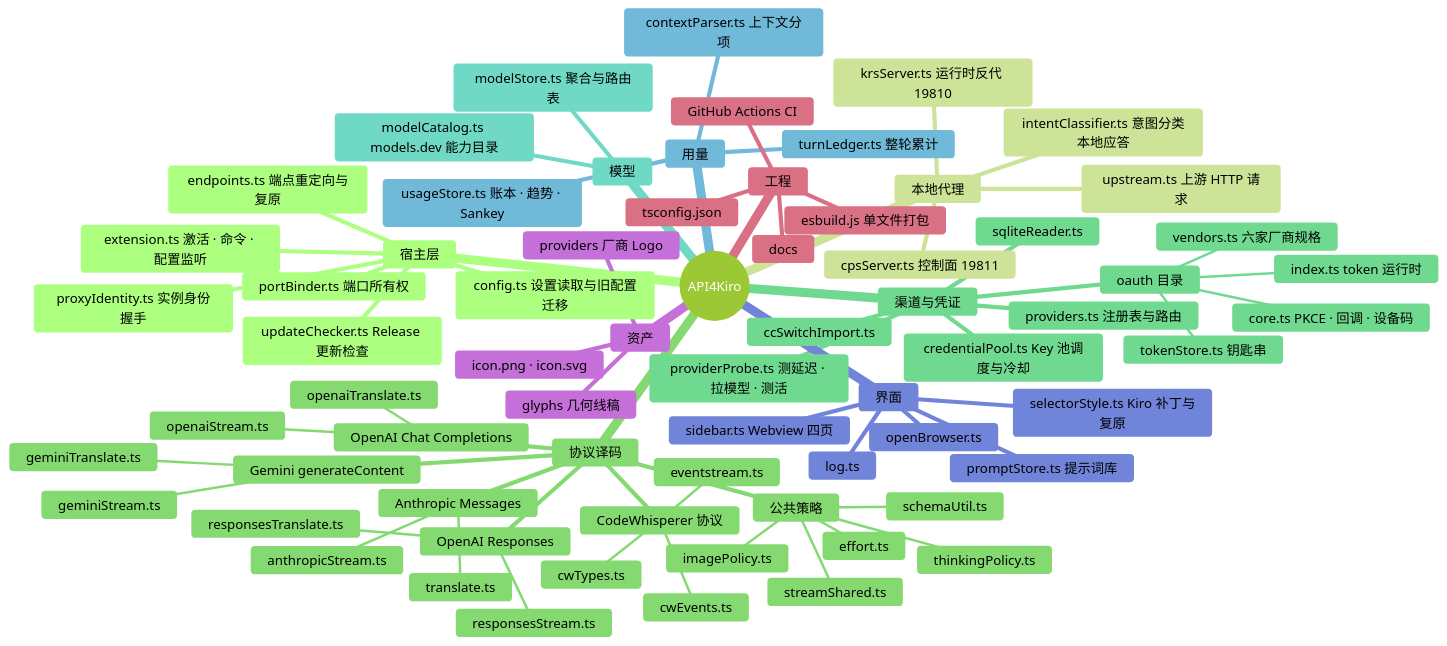
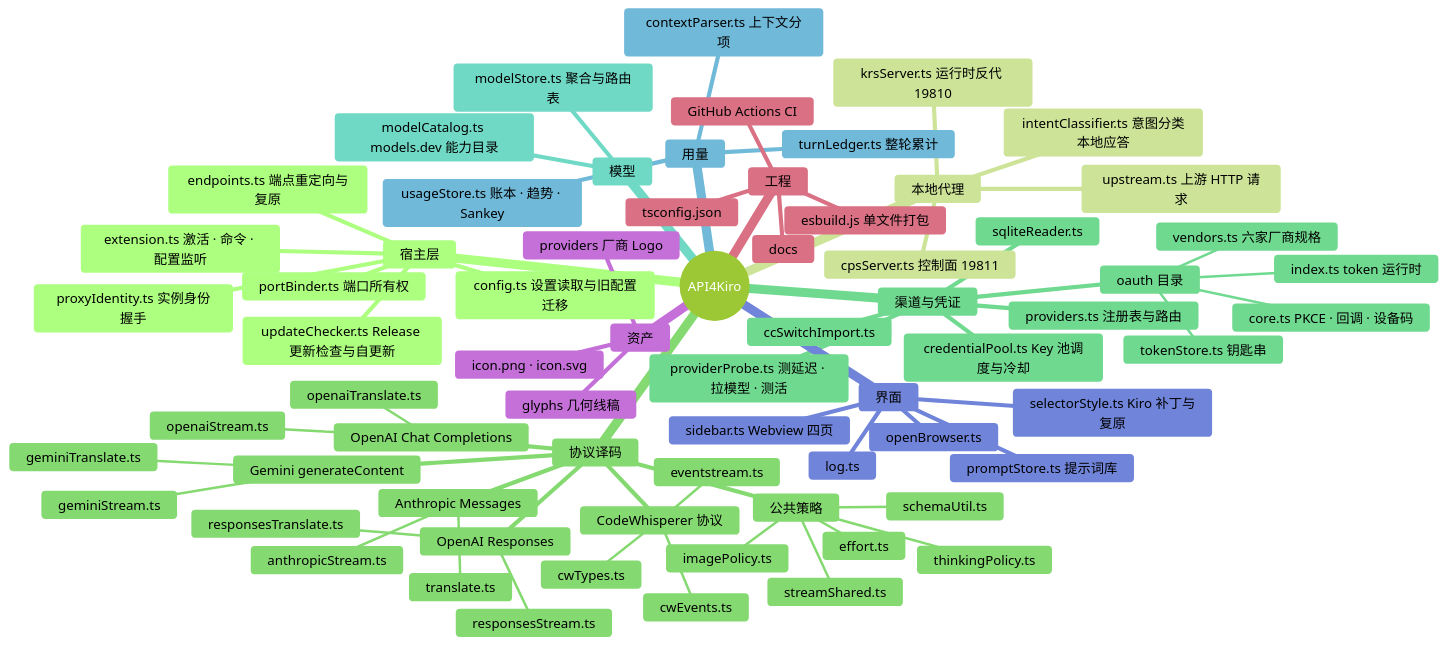
One commit to yourhoneypomelo-cell/API4Kiro changed the diagram in README.md. Above: the diagram before and after it, drawn with Mermaid (forest theme). The commit also changed other lines of this file and 41 other files, not shown here.

````diff
--- a/README.md
+++ b/README.md
@@ -174,72 +184,72 @@
 ```mermaid
 mindmap
   root((API4Kiro))
     宿主层
       extension.ts 激活 · 命令 · 配置监听
       endpoints.ts 端点重定向与复原
       portBinder.ts 端口所有权
       proxyIdentity.ts 实例身份握手
-      updateChecker.ts Release 更新检查
+      updateChecker.ts Release 更新检查与自更新
       config.ts 设置读取与旧配置迁移
     本地代理
       krsServer.ts 运行时反代 19810
       cpsServer.ts 控制面 19811
       intentClassifier.ts 意图分类本地应答
       upstream.ts 上游 HTTP 请求
     协议译码
       Anthropic Messages
         translate.ts
         anthropicStream.ts
       OpenAI Chat Completions
         openaiTranslate.ts
         openaiStream.ts
       OpenAI Responses
         responsesTranslate.ts
         responsesStream.ts
       Gemini generateContent
         geminiTranslate.ts
         geminiStream.ts
       公共策略
         streamShared.ts
         thinkingPolicy.ts
         effort.ts
         imagePolicy.ts
         schemaUtil.ts
       CodeWhisperer 协议
         eventstream.ts
         cwEvents.ts
         cwTypes.ts
     渠道与凭证
       providers.ts 注册表与路由
       credentialPool.ts Key 池调度与冷却
       providerProbe.ts 测延迟 · 拉模型 · 测活
       oauth 目录
         core.ts PKCE · 回调 · 设备码
         vendors.ts 六家厂商规格
         index.ts token 运行时
         tokenStore.ts 钥匙串
       ccSwitchImport.ts
       sqliteReader.ts
     模型
       modelStore.ts 聚合与路由表
       modelCatalog.ts models.dev 能力目录
     用量
       usageStore.ts 账本 · 趋势 · Sankey
       turnLedger.ts 整轮累计
       contextParser.ts 上下文分项
     界面
       sidebar.ts Webview 四页
       selectorStyle.ts Kiro 补丁与复原
       promptStore.ts 提示词库
       openBrowser.ts
       log.ts
     资产
       icon.png · icon.svg
       providers 厂商 Logo
       glyphs 几何线稿
     工程
       esbuild.js 单文件打包
       tsconfig.json
       GitHub Actions CI
       docs
 ```
````
